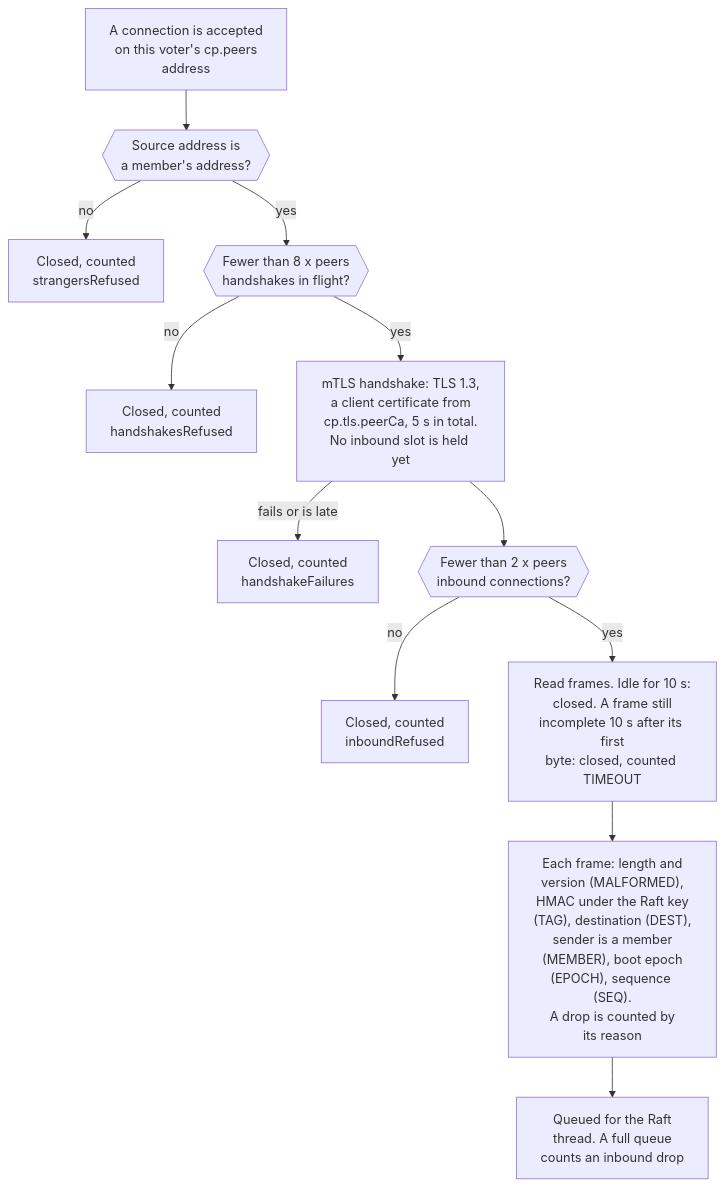
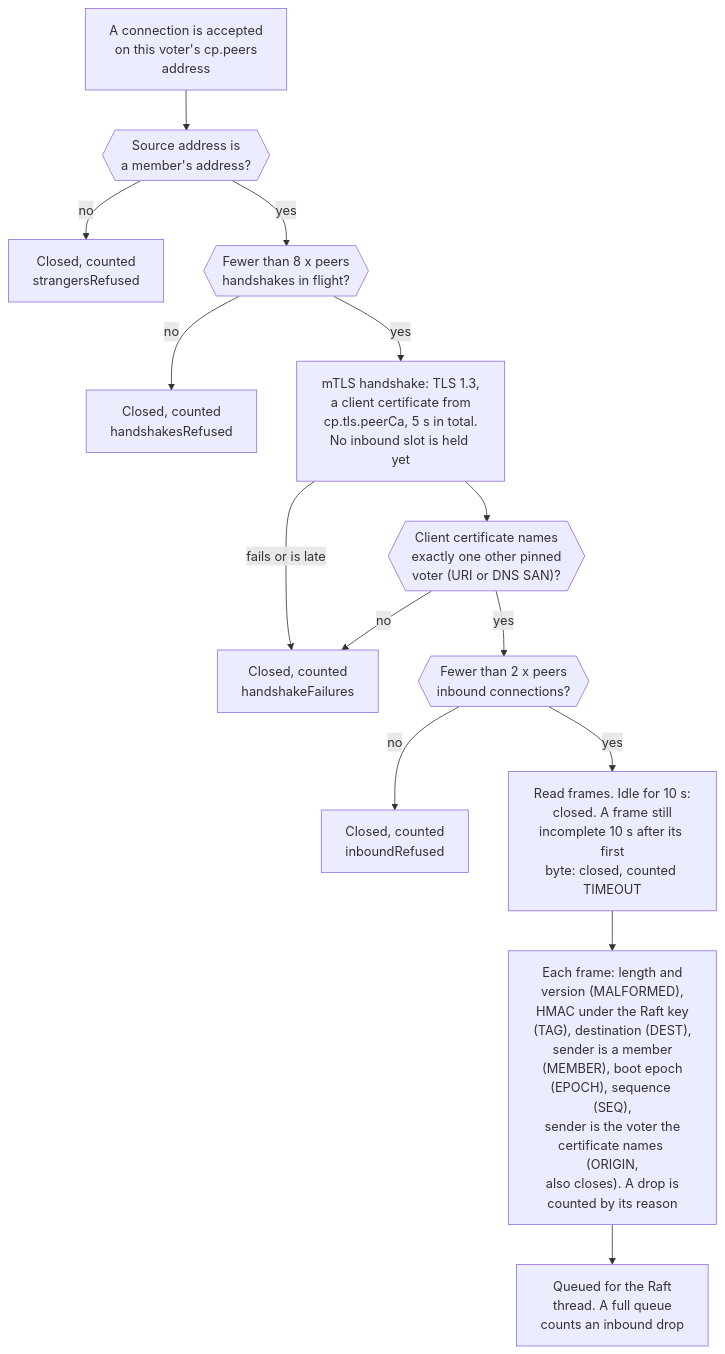
One commit to BlivionIaG/sjws_nettask changed the fourth of 4 diagrams in docs/design/control-plane-hosting.md. Above: the diagram before and after it, drawn with Mermaid. The commit also changed other lines of this file and 12 other files, not shown here.

First line of the commit message:
CP: bind voter certificates to their cp.peers id (#175)

````diff
--- a/docs/design/control-plane-hosting.md
+++ b/docs/design/control-plane-hosting.md
@@ -273,14 +288,16 @@
 ```mermaid
 flowchart TD
     a["A connection is accepted<br/>on this voter's cp.peers<br/>address"] --> s1{{"Source address is<br/>a member's address?"}}
     s1 -->|no| r1["Closed, counted<br/>strangersRefused"]
     s1 -->|yes| s2{{"Fewer than 8 x peers<br/>handshakes in flight?"}}
     s2 -->|no| r2["Closed, counted<br/>handshakesRefused"]
     s2 -->|yes| s3["mTLS handshake: TLS 1.3,<br/>a client certificate from<br/>cp.tls.peerCa, 5 s in total.<br/>No inbound slot is held yet"]
     s3 -->|"fails or is late"| r3["Closed, counted<br/>handshakeFailures"]
-    s3 --> s4{{"Fewer than 2 x peers<br/>inbound connections?"}}
+    s3 --> sp{{"Client certificate names<br/>exactly one other pinned<br/>voter (URI or DNS SAN)?"}}
+    sp -->|no| r3
+    sp -->|yes| s4{{"Fewer than 2 x peers<br/>inbound connections?"}}
     s4 -->|no| r4["Closed, counted<br/>inboundRefused"]
     s4 -->|yes| s5["Read frames. Idle for 10 s:<br/>closed. A frame still<br/>incomplete 10 s after its first<br/>byte: closed, counted TIMEOUT"]
-    s5 --> s6["Each frame: length and<br/>version (MALFORMED),<br/>HMAC under the Raft key<br/>(TAG), destination (DEST),<br/>sender is a member<br/>(MEMBER), boot epoch<br/>(EPOCH), sequence (SEQ).<br/>A drop is counted by<br/>its reason"]
+    s5 --> s6["Each frame: length and<br/>version (MALFORMED),<br/>HMAC under the Raft key<br/>(TAG), destination (DEST),<br/>sender is a member<br/>(MEMBER), boot epoch<br/>(EPOCH), sequence (SEQ),<br/>sender is the voter the<br/>certificate names (ORIGIN,<br/>also closes). A drop is<br/>counted by its reason"]
     s6 --> s7["Queued for the Raft<br/>thread. A full queue<br/>counts an inbound drop"]
 ```
````
